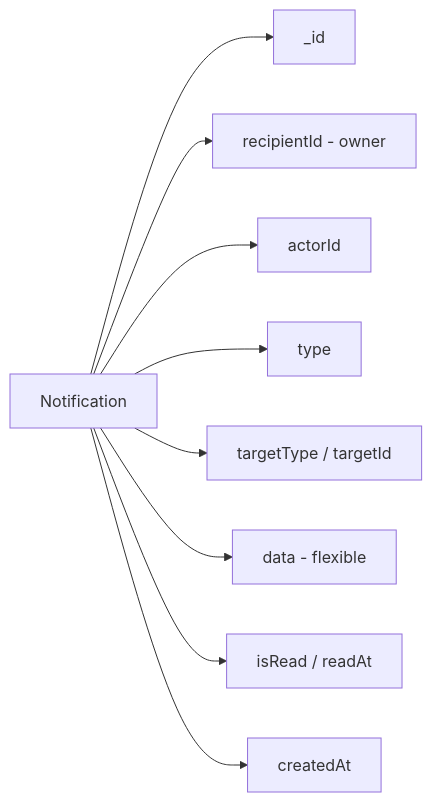
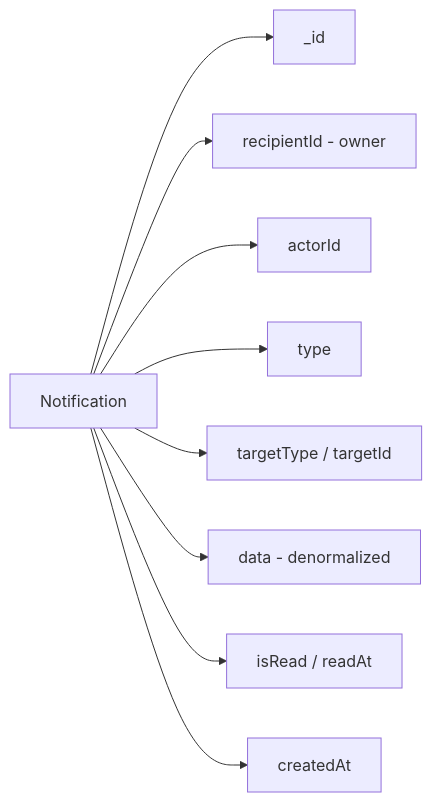
Before and after one commit to ravics09/system-design-pro: the second of 2 diagrams in 06-basic-level-system-design-problems/08-notification-feed.md, drawn with Mermaid. The commit also changed other lines of this file and 5 other files, not shown here.

````diff
--- a/06-basic-level-system-design-problems/08-notification-feed.md
+++ b/06-basic-level-system-design-problems/08-notification-feed.md
@@ -58,11 +80,11 @@
 ```mermaid
 flowchart LR
     N[Notification] --> id[_id]
     N --> rec[recipientId - owner]
     N --> act[actorId]
     N --> ty[type]
     N --> tgt[targetType / targetId]
-    N --> dt[data - flexible]
+    N --> dt[data - denormalized]
     N --> rd[isRead / readAt]
     N --> ca[createdAt]
 ```
````
